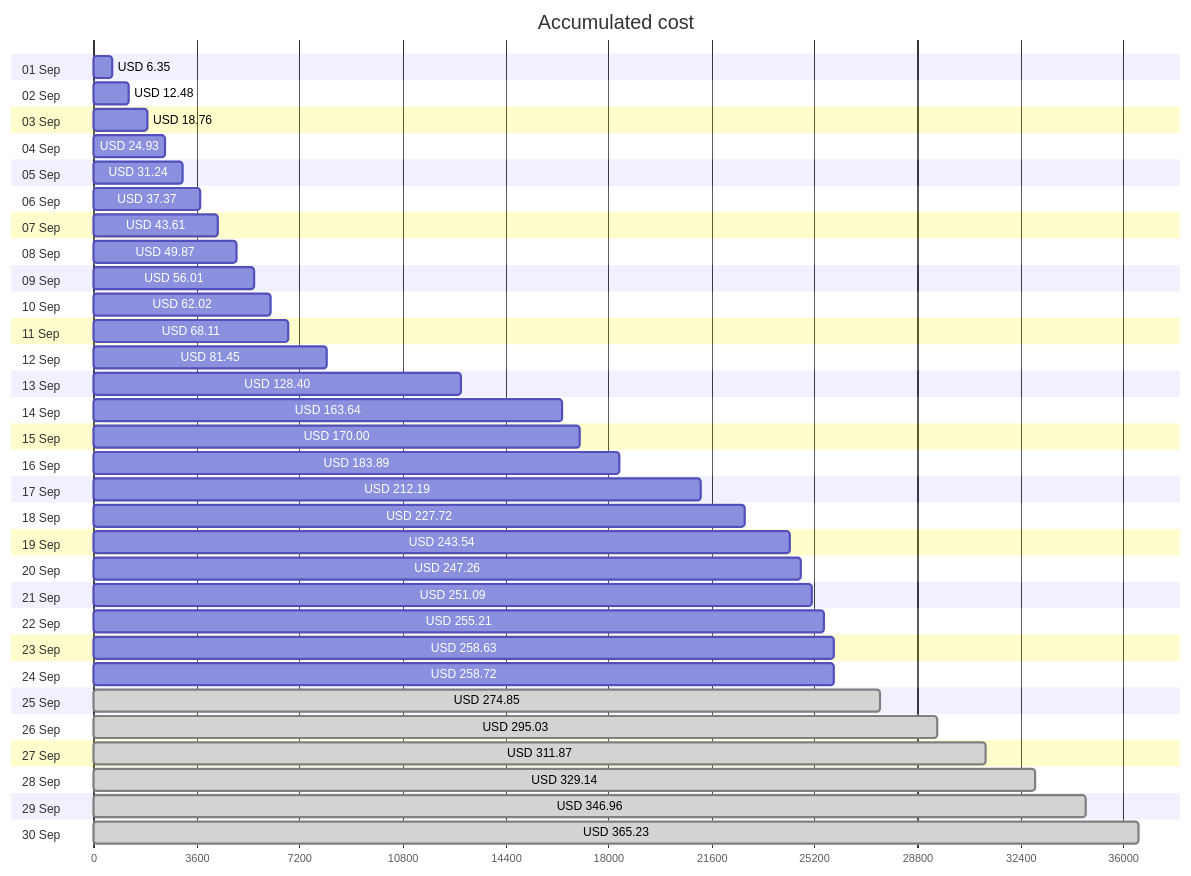
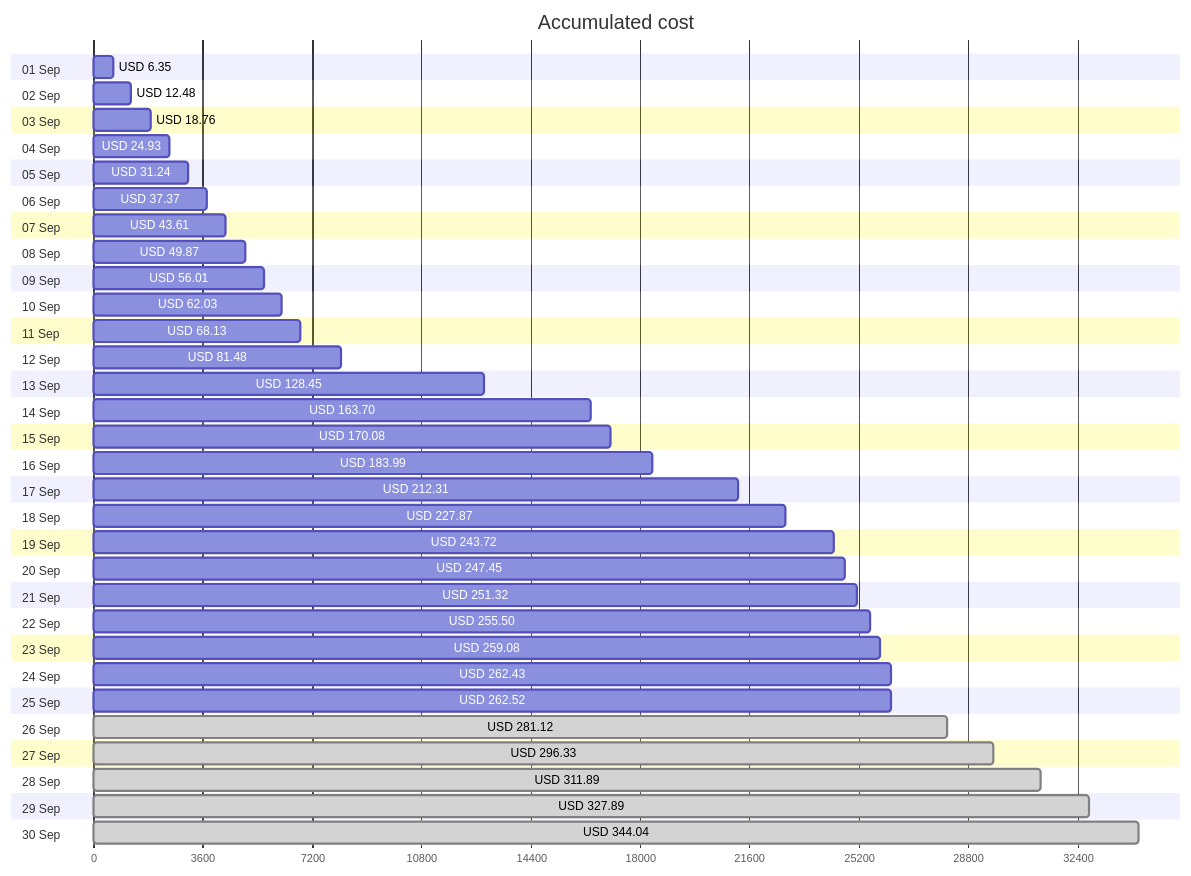
The first of 4 diagrams in cost-reports/accumulated-cost.md (jpfulton/azure-personal-reports), drawn with Mermaid before and after one commit. The commit also changed other lines of this file and 4 other files, not shown here.

````diff
--- a/cost-reports/accumulated-cost.md
+++ b/cost-reports/accumulated-cost.md
@@ -20,66 +20,66 @@
 ```mermaid
 gantt
    title Accumulated cost
    dateFormat  X
    axisFormat %s
    section 01 Sep
    USD 6.35 :0, 635
    section 02 Sep
    USD 12.48 :0, 1248
    section 03 Sep
    USD 18.76 :0, 1876
    section 04 Sep
    USD 24.93 :0, 2493
    section 05 Sep
    USD 31.24 :0, 3124
    section 06 Sep
    USD 37.37 :0, 3737
    section 07 Sep
    USD 43.61 :0, 4361
    section 08 Sep
    USD 49.87 :0, 4987
    section 09 Sep
    USD 56.01 :0, 5601
    section 10 Sep
-   USD 62.02 :0, 6202
+   USD 62.03 :0, 6203
    section 11 Sep
-   USD 68.11 :0, 6811
+   USD 68.13 :0, 6813
    section 12 Sep
-   USD 81.45 :0, 8145
+   USD 81.48 :0, 8148
    section 13 Sep
-   USD 128.40 :0, 12840
+   USD 128.45 :0, 12845
    section 14 Sep
-   USD 163.64 :0, 16364
+   USD 163.70 :0, 16370
    section 15 Sep
-   USD 170.00 :0, 17000
+   USD 170.08 :0, 17008
    section 16 Sep
-   USD 183.89 :0, 18389
+   USD 183.99 :0, 18399
    section 17 Sep
-   USD 212.19 :0, 21219
+   USD 212.31 :0, 21231
    section 18 Sep
-   USD 227.72 :0, 22772
+   USD 227.87 :0, 22787
    section 19 Sep
-   USD 243.54 :0, 24354
+   USD 243.72 :0, 24372
    section 20 Sep
-   USD 247.26 :0, 24726
+   USD 247.45 :0, 24745
    section 21 Sep
-   USD 251.09 :0, 25109
+   USD 251.32 :0, 25132
    section 22 Sep
-   USD 255.21 :0, 25521
+   USD 255.50 :0, 25550
    section 23 Sep
-   USD 258.63 :0, 25863
+   USD 259.08 :0, 25908
    section 24 Sep
-   USD 258.72 :0, 25872
+   USD 262.43 :0, 26243
    section 25 Sep
-   USD 274.85 : done, 0, 27485
+   USD 262.52 :0, 26252
    section 26 Sep
-   USD 295.03 : done, 0, 29503
+   USD 281.12 : done, 0, 28112
    section 27 Sep
-   USD 311.87 : done, 0, 31187
+   USD 296.33 : done, 0, 29633
    section 28 Sep
-   USD 329.14 : done, 0, 32914
+   USD 311.89 : done, 0, 31189
    section 29 Sep
-   USD 346.96 : done, 0, 34696
+   USD 327.89 : done, 0, 32789
    section 30 Sep
-   USD 365.23 : done, 0, 36523
+   USD 344.04 : done, 0, 34404
 ```
````
